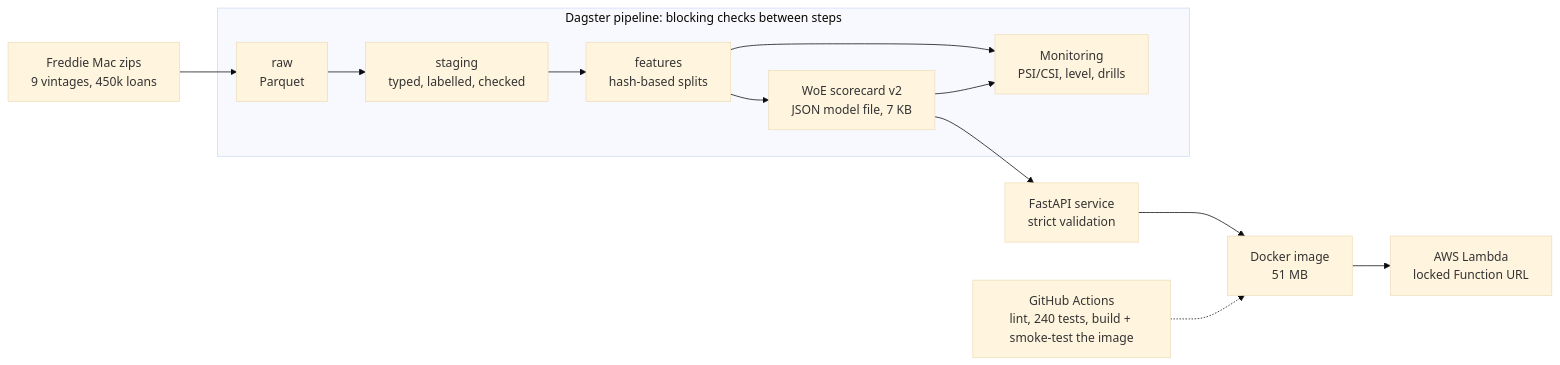
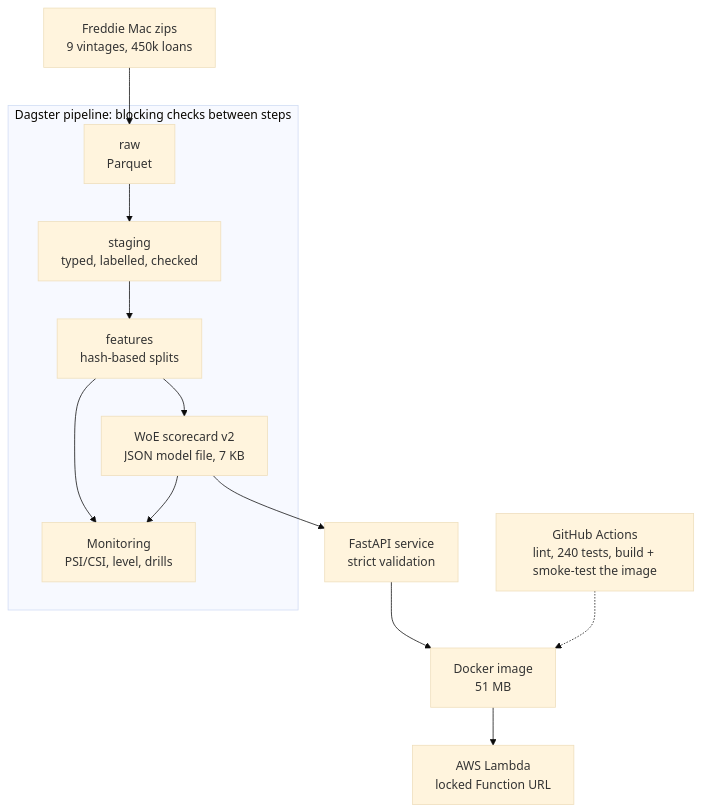
One commit to Aymannel04/credit-risk-platform changed the diagram in README.md. Above: the diagram before and after it, drawn with Mermaid (base theme).

Commit message:
README: vertical architecture diagram (readable on phones)

````diff
--- a/README.md
+++ b/README.md
@@ -30,20 +30,20 @@
 ```mermaid
-flowchart LR
+flowchart TB
     Z["Freddie Mac zips<br/>9 vintages, 450k loans"] --> R["raw<br/>Parquet"]
     R --> S["staging<br/>typed, labelled, checked"]
     S --> F["features<br/>hash-based splits"]
     F --> M["WoE scorecard v2<br/>JSON model file, 7 KB"]
     M --> API["FastAPI service<br/>strict validation"]
     API --> IMG["Docker image<br/>51 MB"]
     IMG --> L["AWS Lambda<br/>locked Function URL"]
     F --> MON["Monitoring<br/>PSI/CSI, level, drills"]
     M --> MON
     subgraph D["Dagster pipeline: blocking checks between steps"]
       R
       S
       F
       M
       MON
     end
     CI["GitHub Actions<br/>lint, 240 tests, build + smoke-test the image"] -.-> IMG
 ```
````
